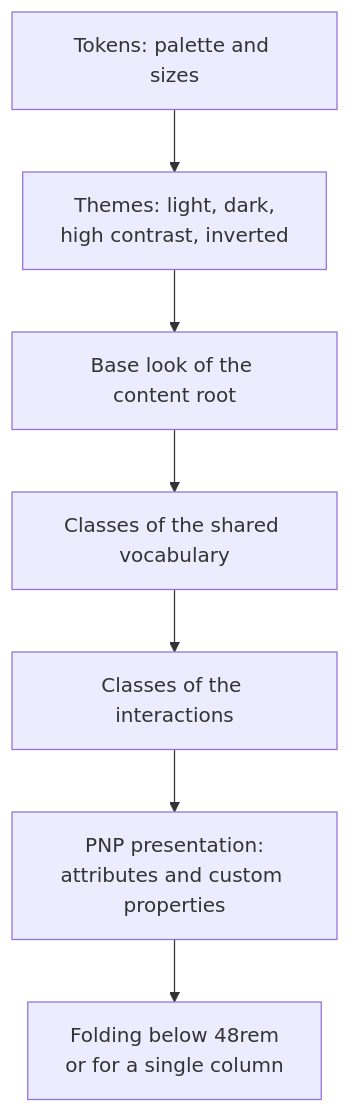
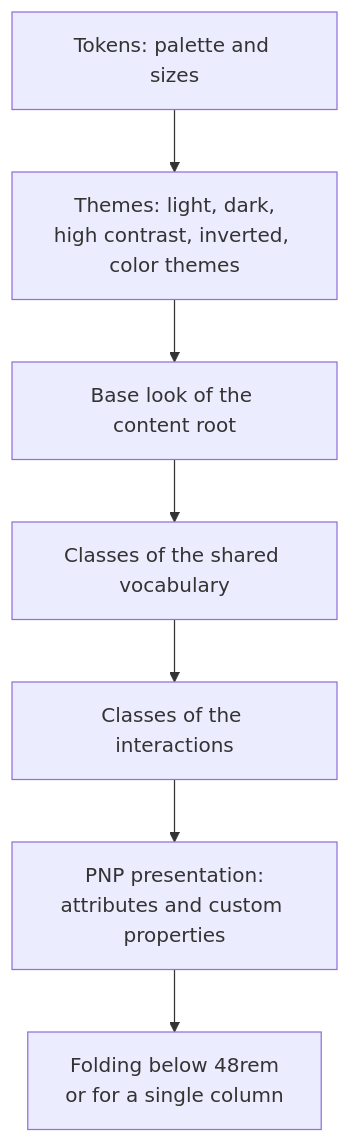
Before and after one commit to assesskit/assesskit: the diagram in docs/player/styling.md, drawn with Mermaid. The commit also changed other lines of this file and 48 other files, not shown here.

Commit message:
Read the color theme of the guide, which the schema lacks, never write it, warn in validate, and let the candidate change it among the 14 palettes of the player

````diff
--- a/docs/player/styling.md
+++ b/docs/player/styling.md
@@ -7,9 +7,9 @@
 ```mermaid
 flowchart TD
-  tokens["Tokens: palette and sizes"] --> themes["Themes: light, dark,<br/>high contrast, inverted"]
+  tokens["Tokens: palette and sizes"] --> themes["Themes: light, dark,<br/>high contrast, inverted, color themes"]
   themes --> base["Base look of the content root"]
   base --> vocabulary["Classes of the shared vocabulary"]
   vocabulary --> interactions["Classes of the interactions"]
   interactions --> pnp["PNP presentation:<br/>attributes and custom properties"]
   pnp --> folding["Folding below 48rem<br/>or for a single column"]
 ```
````
